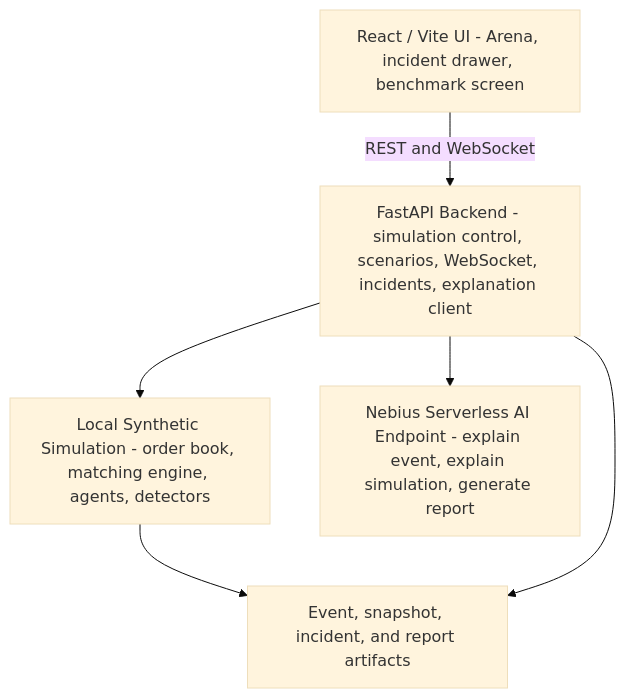
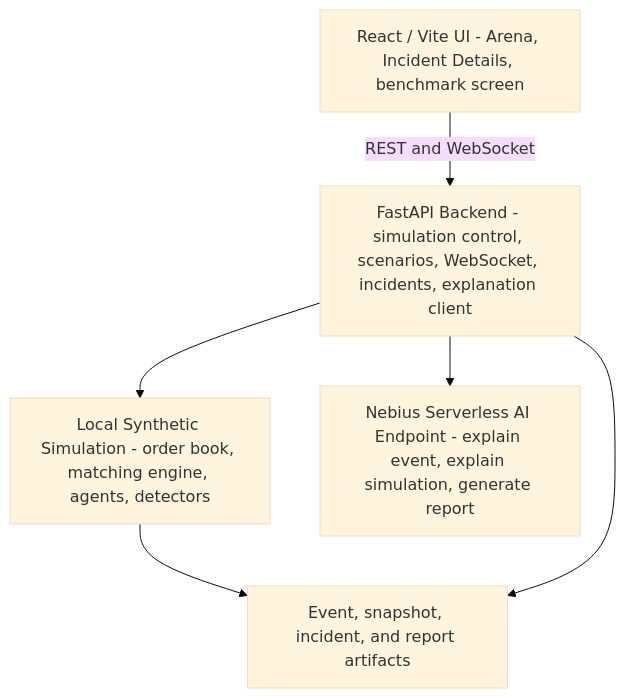
The first of 8 diagrams in docs/architecture/ARD-0001-overall-architecture.md (khab40/aimada), drawn with Mermaid (base theme) before and after one commit. The commit also changed other lines of this file and 18 other files, not shown here.

````diff
--- a/docs/architecture/ARD-0001-overall-architecture.md
+++ b/docs/architecture/ARD-0001-overall-architecture.md
@@ -44,14 +44,14 @@
 ```mermaid
 graph TD
-    UI["React / Vite UI - Arena, incident drawer, benchmark screen"]
+    UI["React / Vite UI - Arena, Incident Details, benchmark screen"]
     Backend["FastAPI Backend - simulation control, scenarios, WebSocket, incidents, explanation client"]
     Simulation["Local Synthetic Simulation - order book, matching engine, agents, detectors"]
     Endpoint["Nebius Serverless AI Endpoint - explain event, explain simulation, generate report"]
     Artifacts["Event, snapshot, incident, and report artifacts"]
 
     UI -->|REST and WebSocket| Backend
     Backend --> Simulation
     Backend --> Endpoint
     Simulation --> Artifacts
     Backend --> Artifacts
 ```
````
